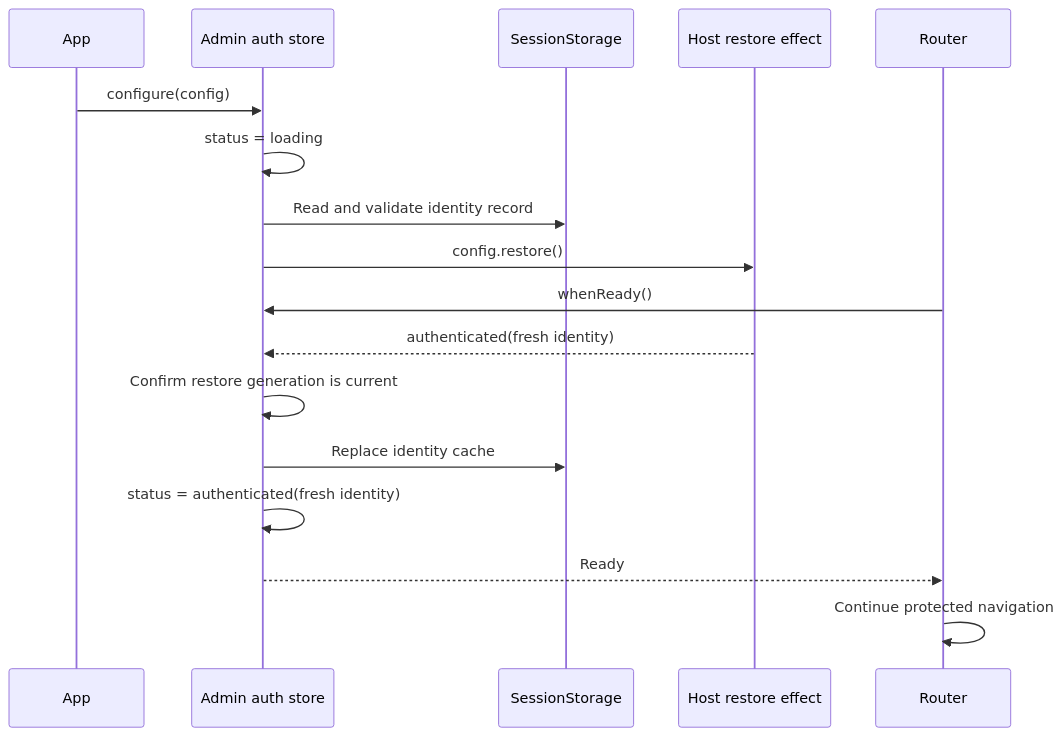
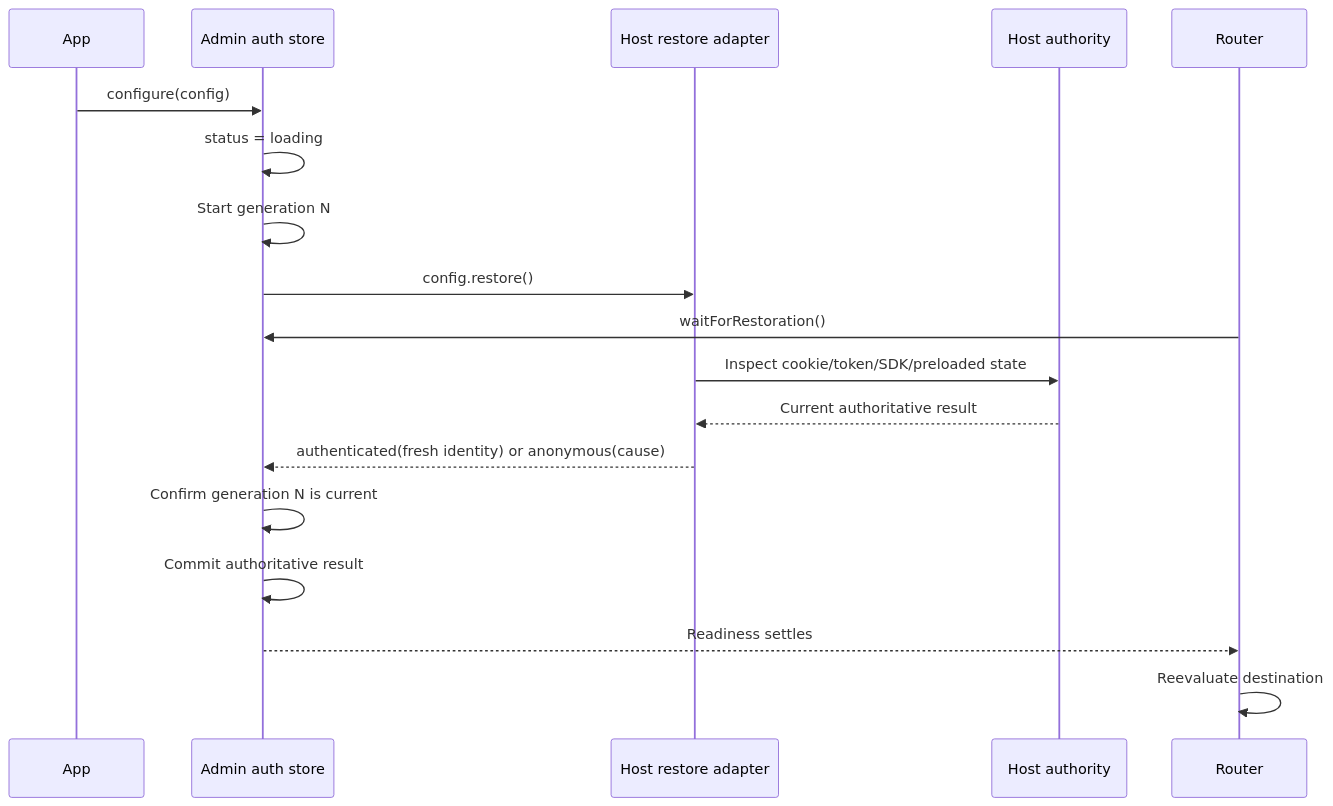
One commit to hechang27-sprt/noob-components-v2 changed the fourth of 19 diagrams in docs/admin-auth-restoration-data-flows.md. Above: the diagram before and after it, drawn with Mermaid. The commit also changed other lines of this file and 15 other files, not shown here.

Commit message:
fix(task): correct earlier `07-28-admin-auth-restoration` design

````diff
--- a/docs/admin-auth-restoration-data-flows.md
+++ b/docs/admin-auth-restoration-data-flows.md
@@ -130,20 +135,21 @@
 ```mermaid
 sequenceDiagram
     participant App
     participant Auth as Admin auth store
-    participant SS as SessionStorage
-    participant Host as Host restore effect
+    participant Host as Host restore adapter
+    participant Authority as Host authority
     participant Router
 
     App->>Auth: configure(config)
     Auth->>Auth: status = loading
-    Auth->>SS: Read and validate identity record
+    Auth->>Auth: Start generation N
     Auth->>Host: config.restore()
-    Router->>Auth: whenReady()
-    Host-->>Auth: authenticated(fresh identity)
-    Auth->>Auth: Confirm restore generation is current
-    Auth->>SS: Replace identity cache
-    Auth->>Auth: status = authenticated(fresh identity)
-    Auth-->>Router: Ready
-    Router->>Router: Continue protected navigation
+    Router->>Auth: waitForRestoration()
+    Host->>Authority: Inspect cookie/token/SDK/preloaded state
+    Authority-->>Host: Current authoritative result
+    Host-->>Auth: authenticated(fresh identity) or anonymous(cause)
+    Auth->>Auth: Confirm generation N is current
+    Auth->>Auth: Commit authoritative result
+    Auth-->>Router: Readiness settles
+    Router->>Router: Reevaluate destination
 ```
````
